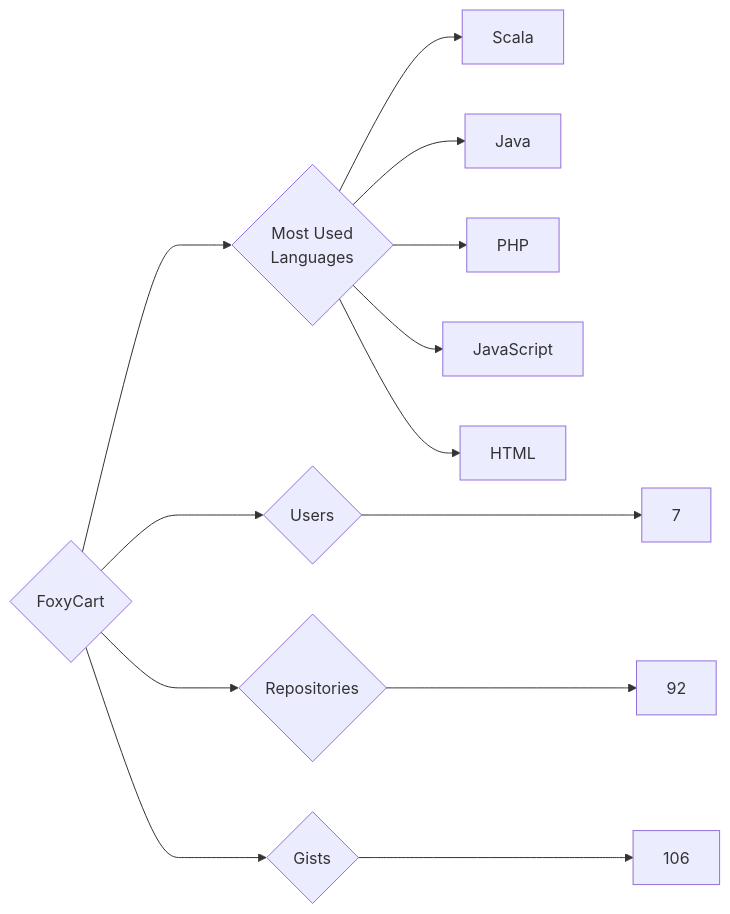
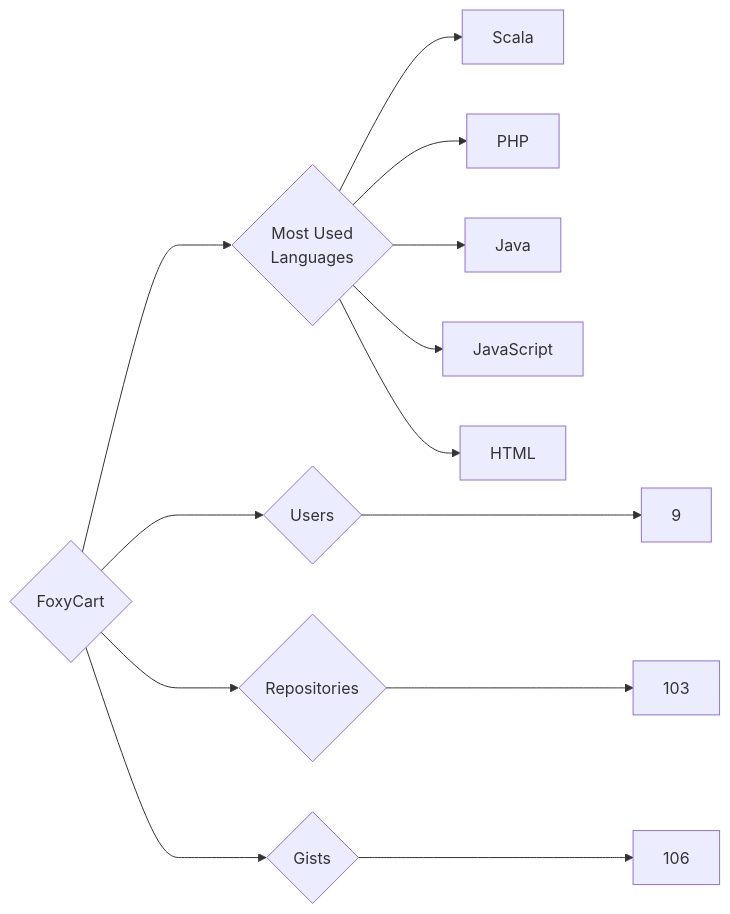
Before and after one commit to trickest/insiders: the diagram in targets/FoxyCart/README.md, drawn with Mermaid. The commit also changed 1003 other files, not shown here.

````diff
--- a/targets/FoxyCart/README.md
+++ b/targets/FoxyCart/README.md
@@ -3,13 +3,13 @@
 ```mermaid
 graph LR
 COMPANY_NAME{FoxyCart}
-COMPANY_NAME ---> U{Users} ---> UN[7]
-COMPANY_NAME ---> R{Repositories} ---> RN[92]
+COMPANY_NAME ---> U{Users} ---> UN[9]
+COMPANY_NAME ---> R{Repositories} ---> RN[103]
 COMPANY_NAME ---> G{Gists} ---> GN[106]
 COMPANY_NAME ---> ML{Most Used<br>Languages}
 ML --> Scala[Scala]
+ML --> PHP[PHP]
 ML --> Java[Java]
-ML --> PHP[PHP]
 ML --> JavaScript[JavaScript]
 ML --> HTML[HTML]
 ```
````
